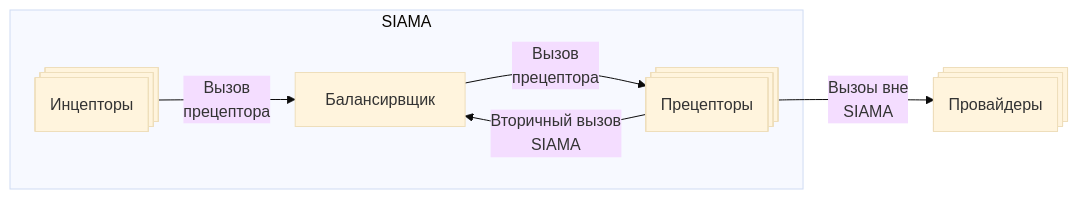
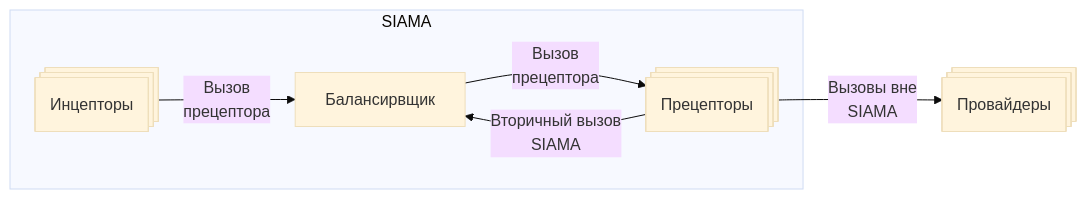
Before and after one commit to johnthesmith/scraps: the fourth of 5 diagrams in ru/siama.md, drawn with Mermaid (base theme).

````diff
--- a/ru/siama.md
+++ b/ru/siama.md
@@ -110,16 +110,16 @@
 ```mermaid
 flowchart LR
 
     subgraph SIAMA
         balancer_inner[ Балансирвщик ]
         inceptor([Инцепторы])@{ shape: processes }
         preceptor([Прецепторы])@{ shape: processes }
     end
 
     provider([Провайдеры])@{ shape: processes }
 
     inceptor --> |Вызов <br> прецептора| balancer_inner
     balancer_inner --> |Вызов <br> прецептора| preceptor
     preceptor --> |Вторичный вызов <br> SIAMA| balancer_inner
-    preceptor --> |Вызоы вне<br> SIAMA| provider
+    preceptor --> |Вызовы вне<br> SIAMA| provider
 ```
````
